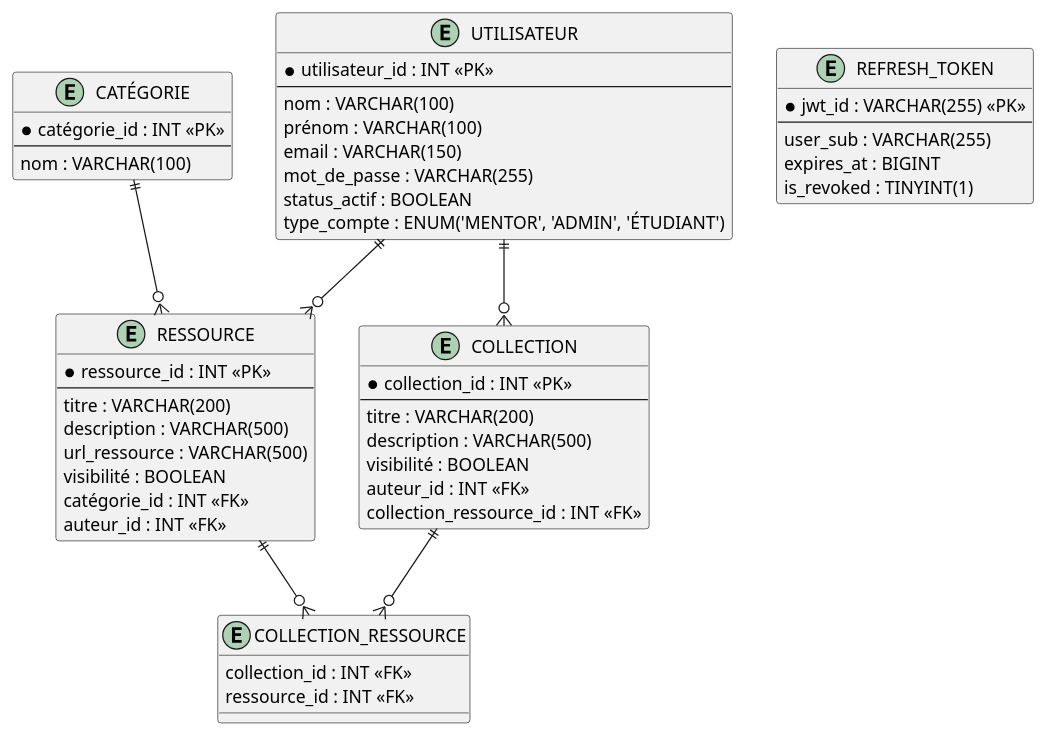
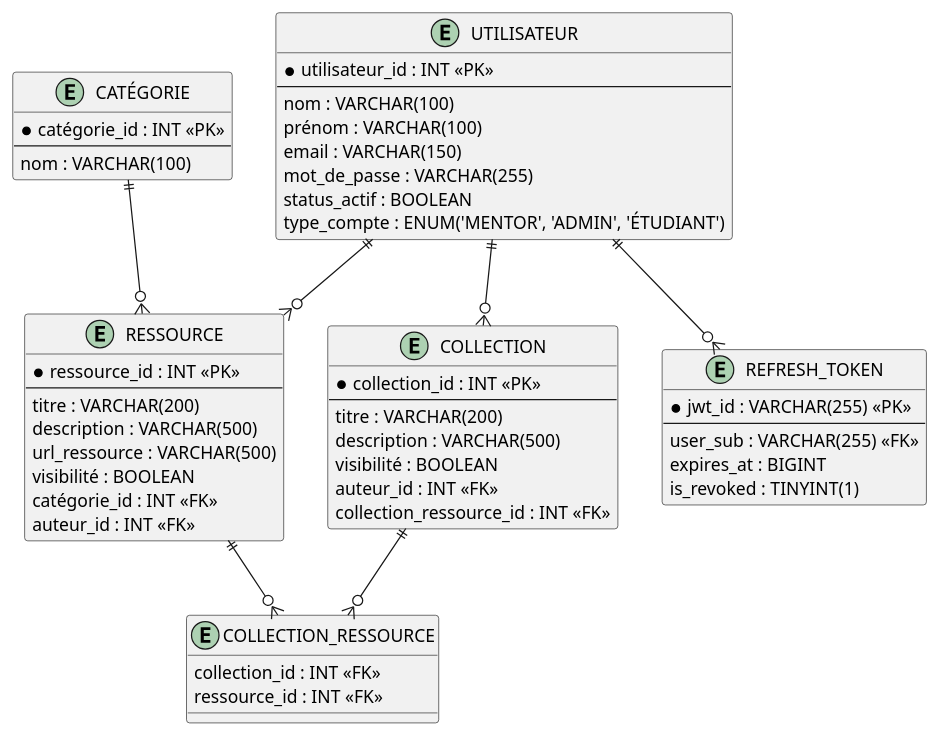
One commit to EmileDevGit/projet-final-api changed the diagram in docs/diagrammes/ModeleRelationnel.puml. Above: the diagram before and after it, drawn with PlantUML.

Commit message:
fix diagramme relationnel

```diff
--- a/docs/diagrammes/ModeleRelationnel.puml
+++ b/docs/diagrammes/ModeleRelationnel.puml
@@ -1,63 +1,65 @@
 @startuml
 
 
 entity "UTILISATEUR" as utilisateur {
   *utilisateur_id : INT <<PK>>
   --
   nom : VARCHAR(100)
   prénom : VARCHAR(100)
   email : VARCHAR(150)
   mot_de_passe : VARCHAR(255)
   status_actif : BOOLEAN
   type_compte : ENUM('MENTOR', 'ADMIN', 'ÉTUDIANT')
 }
 
 entity "CATÉGORIE" as categorie {
   *catégorie_id : INT <<PK>>
   --
   nom : VARCHAR(100)
 }
 
 entity "RESSOURCE" as ressource {
   *ressource_id : INT <<PK>>
   --
   titre : VARCHAR(200)
   description : VARCHAR(500)
   url_ressource : VARCHAR(500)
   visibilité : BOOLEAN
   catégorie_id : INT <<FK>>
   auteur_id : INT <<FK>>
 }
 
 entity "COLLECTION" as collection {
   *collection_id : INT <<PK>>
   --
   titre : VARCHAR(200)
   description : VARCHAR(500)
   visibilité : BOOLEAN
   auteur_id : INT <<FK>>
   collection_ressource_id : INT <<FK>>
 }
 
 entity "COLLECTION_RESSOURCE" as collection_ressource {
 	collection_id : INT <<FK>>
 	ressource_id : INT <<FK>>
 }
 
 entity "REFRESH_TOKEN" as refresh_token {
   *jwt_id : VARCHAR(255) <<PK>>
   --
-  user_sub : VARCHAR(255)
+  user_sub : VARCHAR(255) <<FK>>
   expires_at : BIGINT
   is_revoked : TINYINT(1)
 }
 
 
 
 utilisateur ||--o{ ressource
 categorie ||--o{ ressource 
 utilisateur ||--o{ collection 
 ressource ||--o{ collection_ressource
 collection ||--o{ collection_ressource
+utilisateur ||--o{ refresh_token
+
 
 @enduml
```
